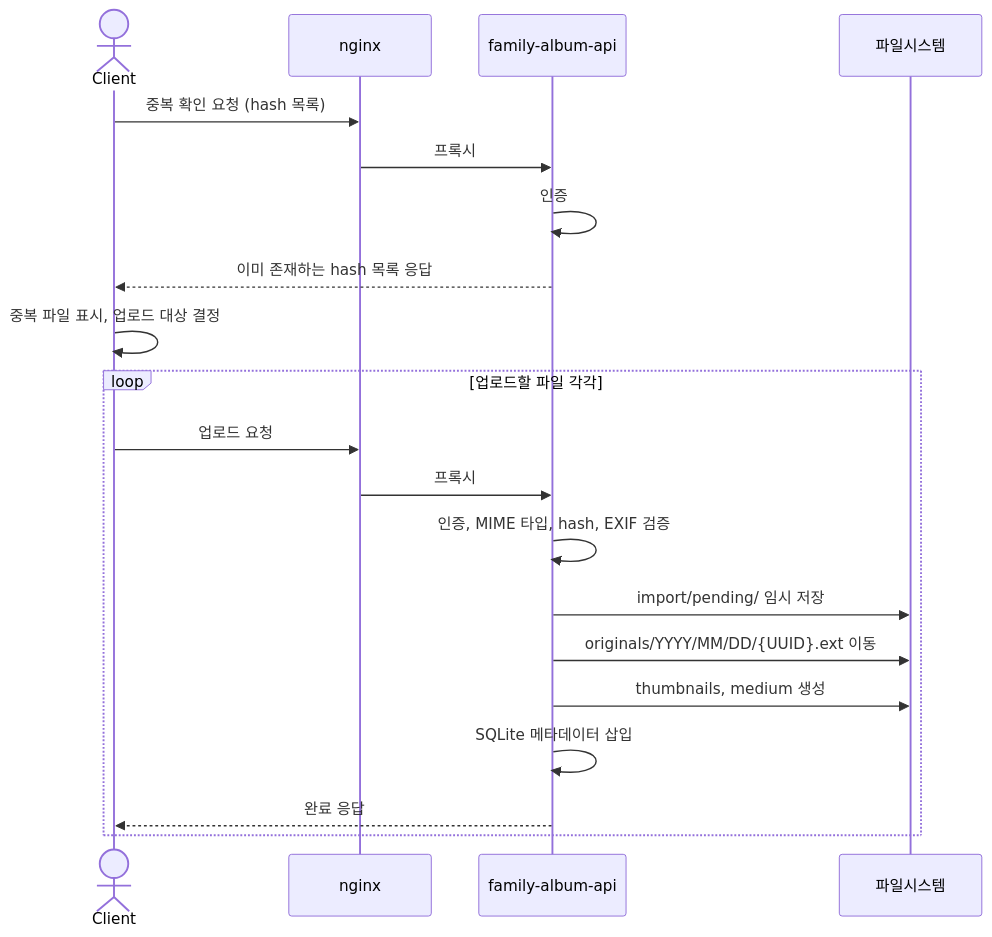
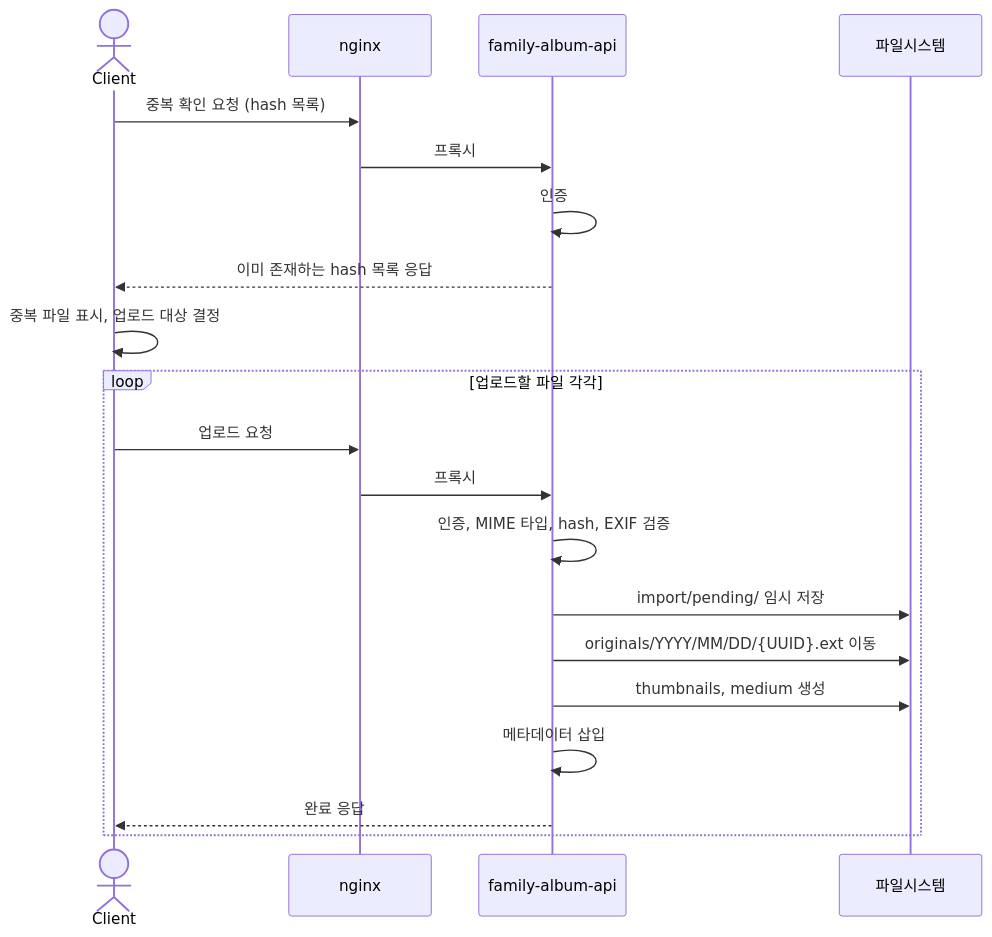
Before and after one commit to kass1693/family-archive-appliance: the second of 6 diagrams in docs/architecture/system/overview.md, drawn with Mermaid. The commit also changed other lines of this file and 3 other files, not shown here.

````diff
--- a/docs/architecture/system/overview.md
+++ b/docs/architecture/system/overview.md
@@ -324,24 +323,24 @@
 ```mermaid
 sequenceDiagram
     actor Client
     participant nginx
     participant api as family-album-api
     participant fs as 파일시스템
 
     Client->>nginx: 중복 확인 요청 (hash 목록)
     nginx->>api: 프록시
     api->>api: 인증
     api-->>Client: 이미 존재하는 hash 목록 응답
     Client->>Client: 중복 파일 표시, 업로드 대상 결정
 
     loop 업로드할 파일 각각
         Client->>nginx: 업로드 요청
         nginx->>api: 프록시
         api->>api: 인증, MIME 타입, hash, EXIF 검증
         api->>fs: import/pending/ 임시 저장
         api->>fs: originals/YYYY/MM/DD/{UUID}.ext 이동
         api->>fs: thumbnails, medium 생성
-        api->>api: SQLite 메타데이터 삽입
+        api->>api: 메타데이터 삽입
         api-->>Client: 완료 응답
     end
 ```
````
